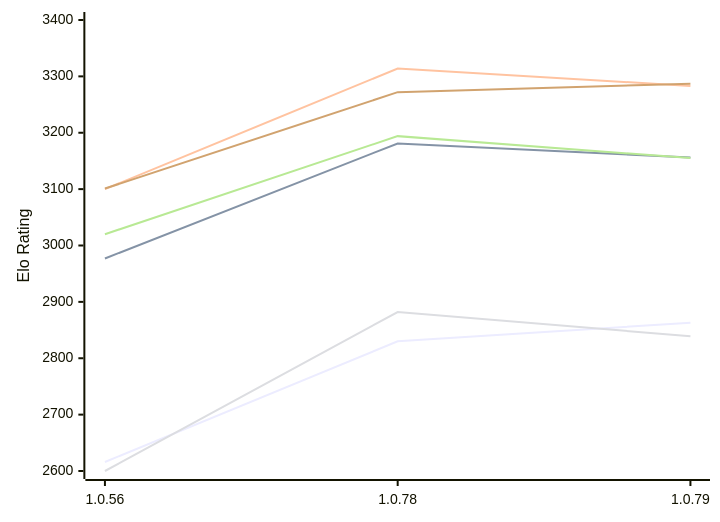
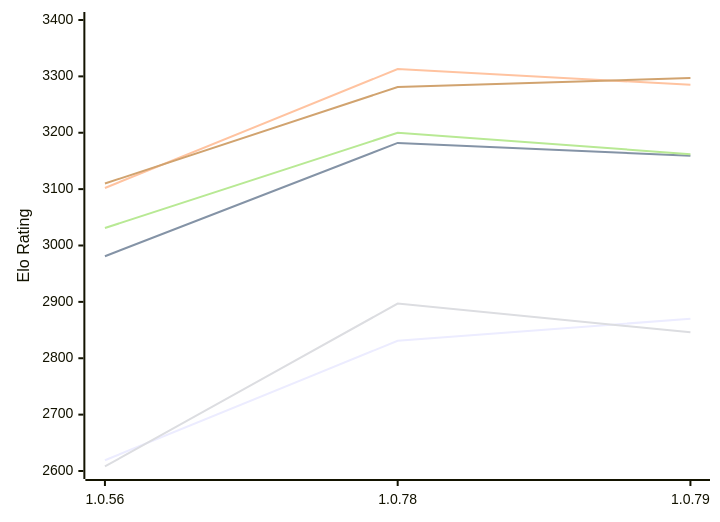
The first of 2 diagrams in engines/RustyRival.md (computer-chess-index/cci), drawn with Mermaid before and after one commit. The commit also changed other lines of this file, not shown here.

Commit message:
Update CCI Ratings (ELO VLTC) - 2026-11-25

````diff
--- a/engines/RustyRival.md
+++ b/engines/RustyRival.md
@@ -65,12 +65,12 @@
 ```mermaid
 %%{init: {"theme":"base","themeVariables":{"seriesColors:['#a3a3a3','#222221','#faa371']}}}%%
 xychart-beta
   x-axis ["1.0.56", "1.0.78", "1.0.79"]
   y-axis "Elo Rating" 2600 --> 3400
-  line "E1: STC (8.0+0.08s)" [2616, 2830, 2863]
-  line "E1: LTC (60.0+0.60s)" [2977, 3181, 3156]
-  line "E1: VLTC (2m24s+1.12s)" [3100, 3314, 3283]
-  line "P1: STC (8.0+0.08s)" [2600, 2882, 2839]
-  line "P1: LTC (60.0+0.60s)" [3020, 3194, 3155]
-  line "P1: VLTC (2m24s+1.12s)" [3101, 3272, 3287]
+  line "E1: STC (8.0+0.08s)" [2619, 2831, 2870]
+  line "E1: LTC (60.0+0.60s)" [2981, 3182, 3159]
+  line "E1: VLTC (2m24s+1.12s)" [3102, 3313, 3285]
+  line "P1: STC (8.0+0.08s)" [2608, 2897, 2846]
+  line "P1: LTC (60.0+0.60s)" [3031, 3200, 3162]
+  line "P1: VLTC (2m24s+1.12s)" [3110, 3281, 3297]
 ```
````
